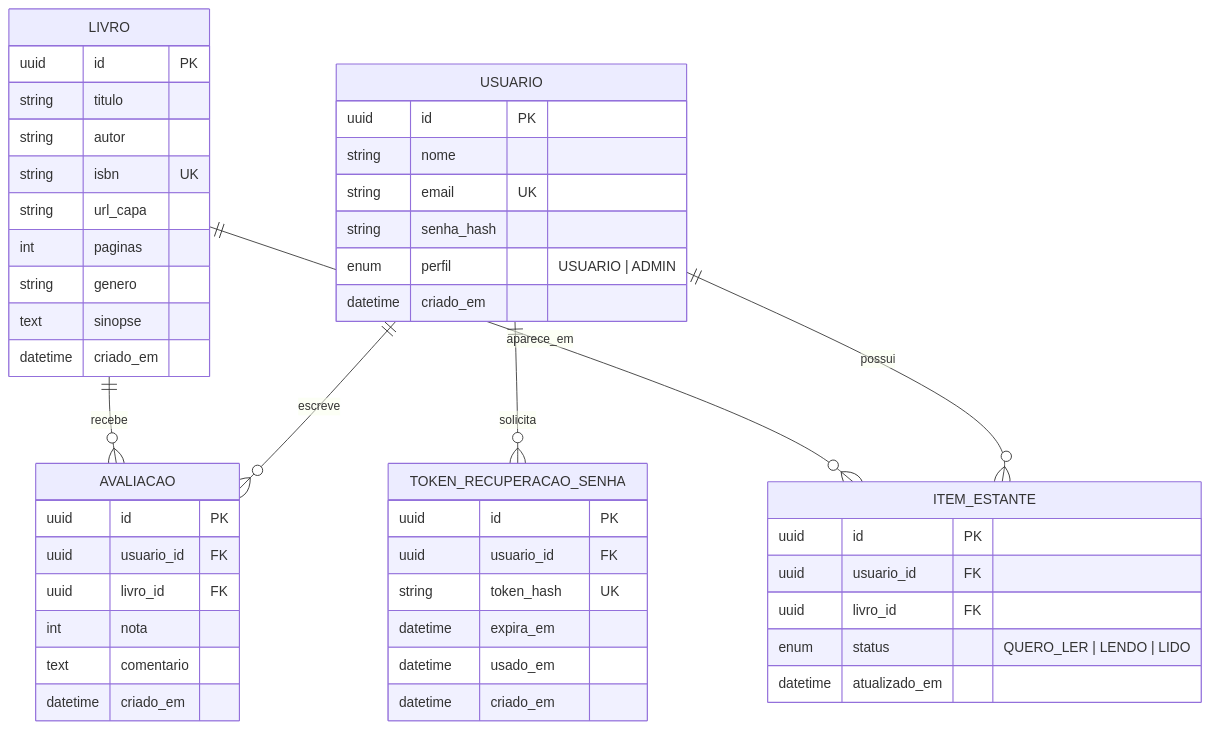
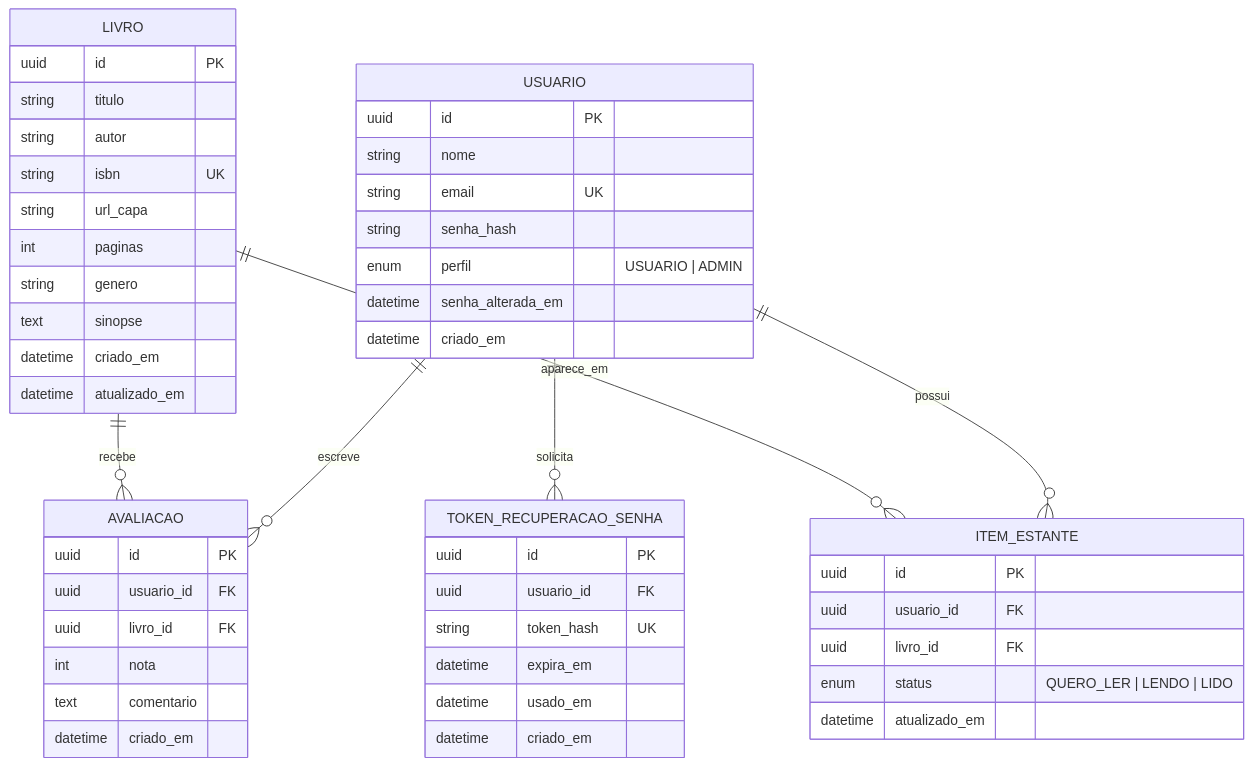
Before and after one commit to LaraEvilynS/estante-api: the diagram in README.md, drawn with Mermaid. The commit also changed other lines of this file and 1 other file, not shown here.

Commit message:
docs: DER atualizado, seguranca, arquitetura e limitacoes conhecidas

````diff
--- a/README.md
+++ b/README.md
@@ -20,51 +20,53 @@
 ```mermaid
 erDiagram
     USUARIO ||--o{ AVALIACAO : escreve
     USUARIO ||--o{ ITEM_ESTANTE : possui
+    USUARIO ||--o{ TOKEN_RECUPERACAO_SENHA : solicita
     LIVRO ||--o{ AVALIACAO : recebe
     LIVRO ||--o{ ITEM_ESTANTE : aparece_em
-    USUARIO ||--o{ TOKEN_RECUPERACAO_SENHA : solicita
 
     USUARIO {
         uuid id PK
         string nome
         string email UK
         string senha_hash
         enum perfil "USUARIO | ADMIN"
+        datetime senha_alterada_em
         datetime criado_em
     }
     LIVRO {
         uuid id PK
         string titulo
         string autor
         string isbn UK
         string url_capa
         int paginas
         string genero
         text sinopse
         datetime criado_em
+        datetime atualizado_em
     }
     AVALIACAO {
         uuid id PK
         uuid usuario_id FK
         uuid livro_id FK
         int nota
         text comentario
         datetime criado_em
     }
     ITEM_ESTANTE {
         uuid id PK
         uuid usuario_id FK
         uuid livro_id FK
         enum status "QUERO_LER | LENDO | LIDO"
         datetime atualizado_em
     }
     TOKEN_RECUPERACAO_SENHA {
         uuid id PK
         uuid usuario_id FK
         string token_hash UK
         datetime expira_em
         datetime usado_em
         datetime criado_em
     }
 ```
````
